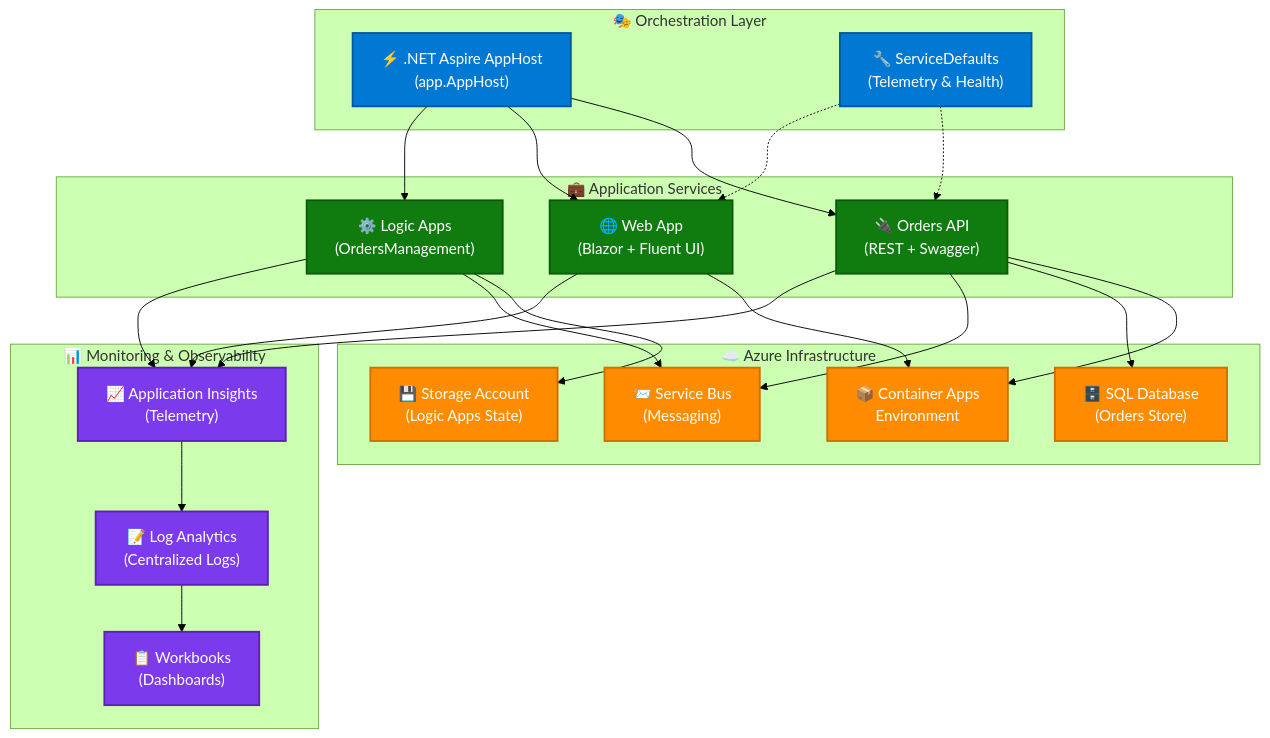
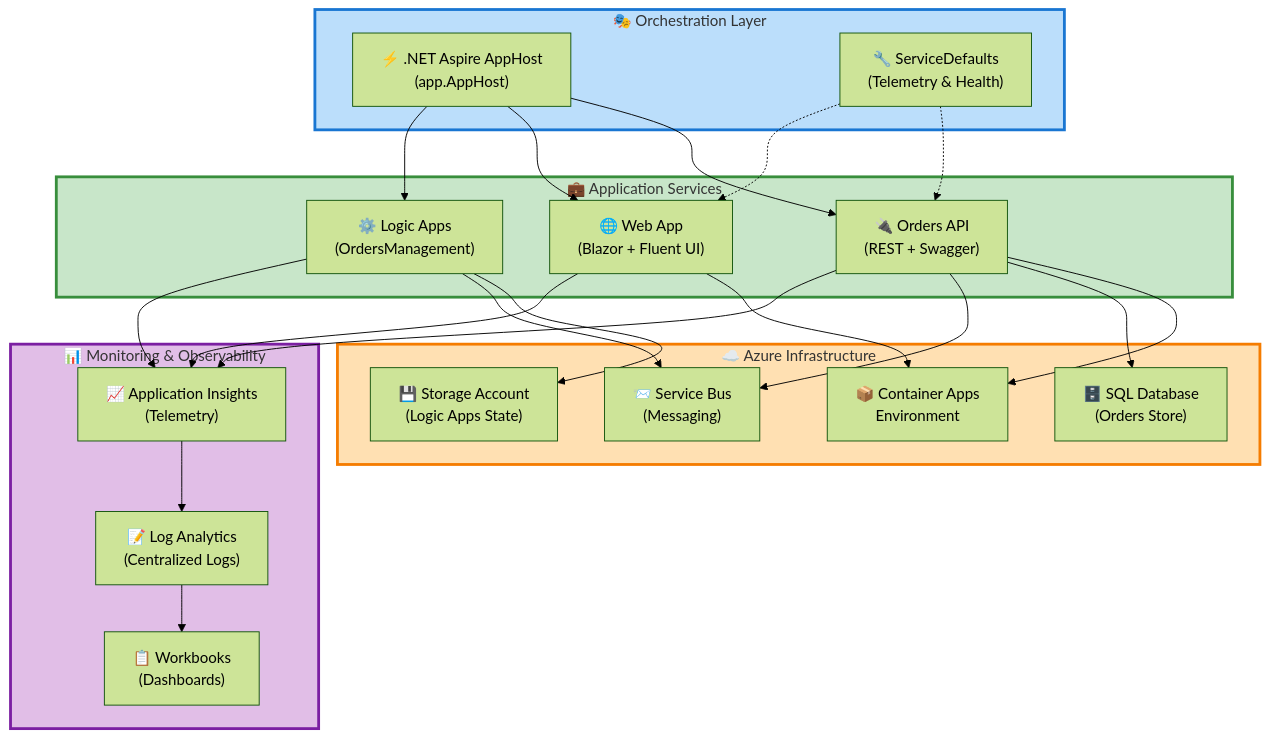
The diagram in README.md (Evilazaro/Azure-LogicApps-Monitoring), drawn with Mermaid (forest theme) before and after one commit.

Commit message:
docs: enhance README.md with detailed color coding and styling documentation for flowchart architecture

````diff
--- a/README.md
+++ b/README.md
@@ -92,64 +92,70 @@
 ```mermaid
 flowchart TB
     accTitle: Azure Logic Apps Monitoring Solution Architecture
-    accDescr: Multi-tier architecture showing .NET Aspire orchestration, application services, Azure infrastructure, and monitoring components
+    accDescr: Multi-tier architecture showing .NET Aspire orchestration, application services, Azure infrastructure, and monitoring components with semantic color coding for functional layers
+
+    %% ============================================
+    %% COLOR DOCUMENTATION
+    %% ============================================
+    %% This diagram uses SEMANTIC colors (functional siblings with different purposes)
+    %% - Orchestration Layer: Blue (#BBDEFB) - Platform/Technical orchestration
+    %% - Application Layer: Green (#C8E6C9) - Active application services
+    %% - Infrastructure Layer: Orange (#FFE0B2) - External Azure infrastructure
+    %% - Monitoring Layer: Purple (#E1BEE7) - Analytics/Observability
+    %% All colors use Material Design 100-level palette (WCAG AA compliant)
+    %% ============================================
 
     %% Orchestration Layer
     subgraph orchestration["🎭 Orchestration Layer"]
         aspire["⚡ .NET Aspire AppHost<br/>(app.AppHost)"]
         defaults["🔧 ServiceDefaults<br/>(Telemetry & Health)"]
     end
 
     %% Application Layer
     subgraph application["💼 Application Services"]
         api["🔌 Orders API<br/>(REST + Swagger)"]
         web["🌐 Web App<br/>(Blazor + Fluent UI)"]
         logic["⚙️ Logic Apps<br/>(OrdersManagement)"]
     end
 
     %% Infrastructure Layer
     subgraph infrastructure["☁️ Azure Infrastructure"]
         aca["📦 Container Apps<br/>Environment"]
         servicebus["📨 Service Bus<br/>(Messaging)"]
         sql["🗄️ SQL Database<br/>(Orders Store)"]
         storage["💾 Storage Account<br/>(Logic Apps State)"]
     end
 
     %% Monitoring Layer
     subgraph monitoring["📊 Monitoring & Observability"]
         appinsights["📈 Application Insights<br/>(Telemetry)"]
         loganalytics["📝 Log Analytics<br/>(Centralized Logs)"]
         workbook["📋 Workbooks<br/>(Dashboards)"]
     end
 
     %% Relationships
     aspire --> api
     aspire --> web
     aspire --> logic
     defaults -.-> api
     defaults -.-> web
 
     api --> aca
     web --> aca
     logic --> storage
     api --> sql
     api --> servicebus
     logic --> servicebus
 
     api --> appinsights
     web --> appinsights
     logic --> appinsights
     appinsights --> loganalytics
     loganalytics --> workbook
 
-    %% Styling
-    classDef orchClass fill:#0078D4,stroke:#005A9E,stroke-width:2px,color:#fff
-    classDef appClass fill:#107C10,stroke:#0B5A0B,stroke-width:2px,color:#fff
-    classDef infraClass fill:#FF8C00,stroke:#CC7000,stroke-width:2px,color:#fff
-    classDef monitorClass fill:#7C3AED,stroke:#5B21B6,stroke-width:2px,color:#fff
-
-    class aspire,defaults orchClass
-    class api,web,logic appClass
-    class aca,servicebus,sql,storage infraClass
-    class appinsights,loganalytics,workbook monitorClass
+    %% Styling - Using Material Design 100-level palette
+    style orchestration fill:#BBDEFB,stroke:#1976D2,stroke-width:3px
+    style application fill:#C8E6C9,stroke:#388E3C,stroke-width:3px
+    style infrastructure fill:#FFE0B2,stroke:#F57C00,stroke-width:3px
+    style monitoring fill:#E1BEE7,stroke:#7B1FA2,stroke-width:3px
 ```
````
